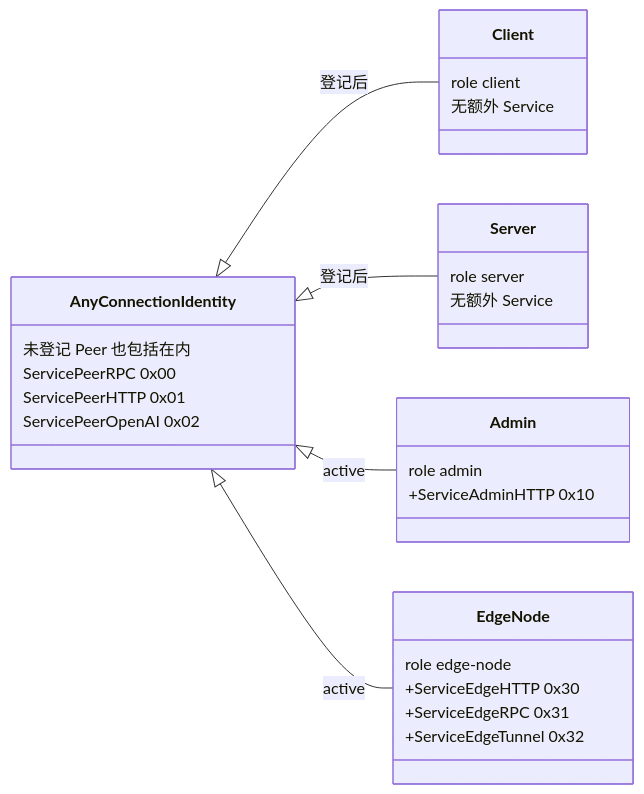
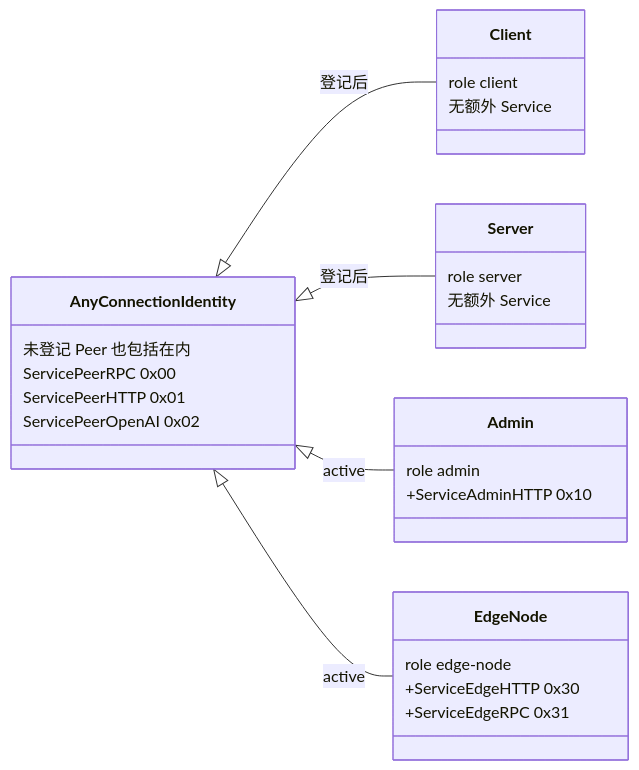
The first of 2 diagrams in guides/zh/developing/gizclaw/overview.md (GizClaw/gizclaw), drawn with Mermaid before and after one commit. The commit also changed other lines of this file and 41 other files, not shown here.

````diff
--- a/guides/zh/developing/gizclaw/overview.md
+++ b/guides/zh/developing/gizclaw/overview.md
@@ -60,35 +59,34 @@
 ```mermaid
 classDiagram
     direction LR
 
     class AnyConnectionIdentity {
         未登记 Peer 也包括在内
         ServicePeerRPC 0x00
         ServicePeerHTTP 0x01
         ServicePeerOpenAI 0x02
     }
 
     class Client {
         role client
         无额外 Service
     }
     class Server {
         role server
         无额外 Service
     }
     class Admin {
         role admin
         +ServiceAdminHTTP 0x10
     }
     class EdgeNode {
         role edge-node
         +ServiceEdgeHTTP 0x30
         +ServiceEdgeRPC 0x31
-        +ServiceEdgeTunnel 0x32
     }
 
     AnyConnectionIdentity <|-- Client : 登记后
     AnyConnectionIdentity <|-- Server : 登记后
     AnyConnectionIdentity <|-- Admin : active
     AnyConnectionIdentity <|-- EdgeNode : active
 ```
````
